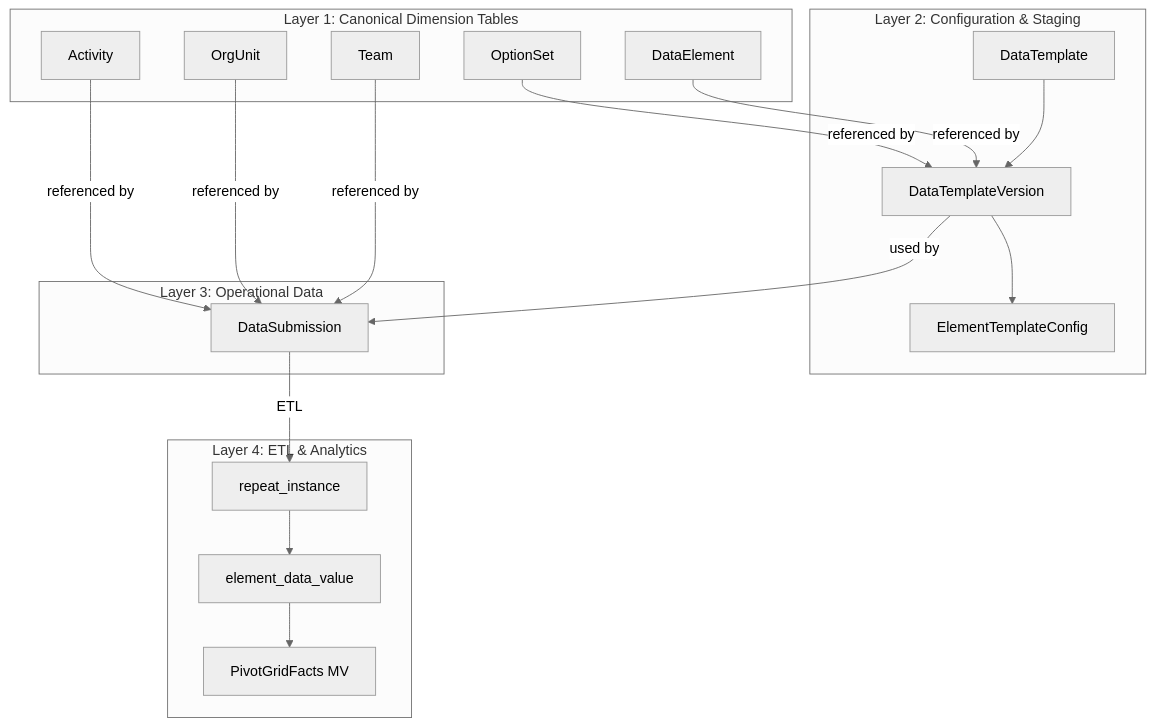
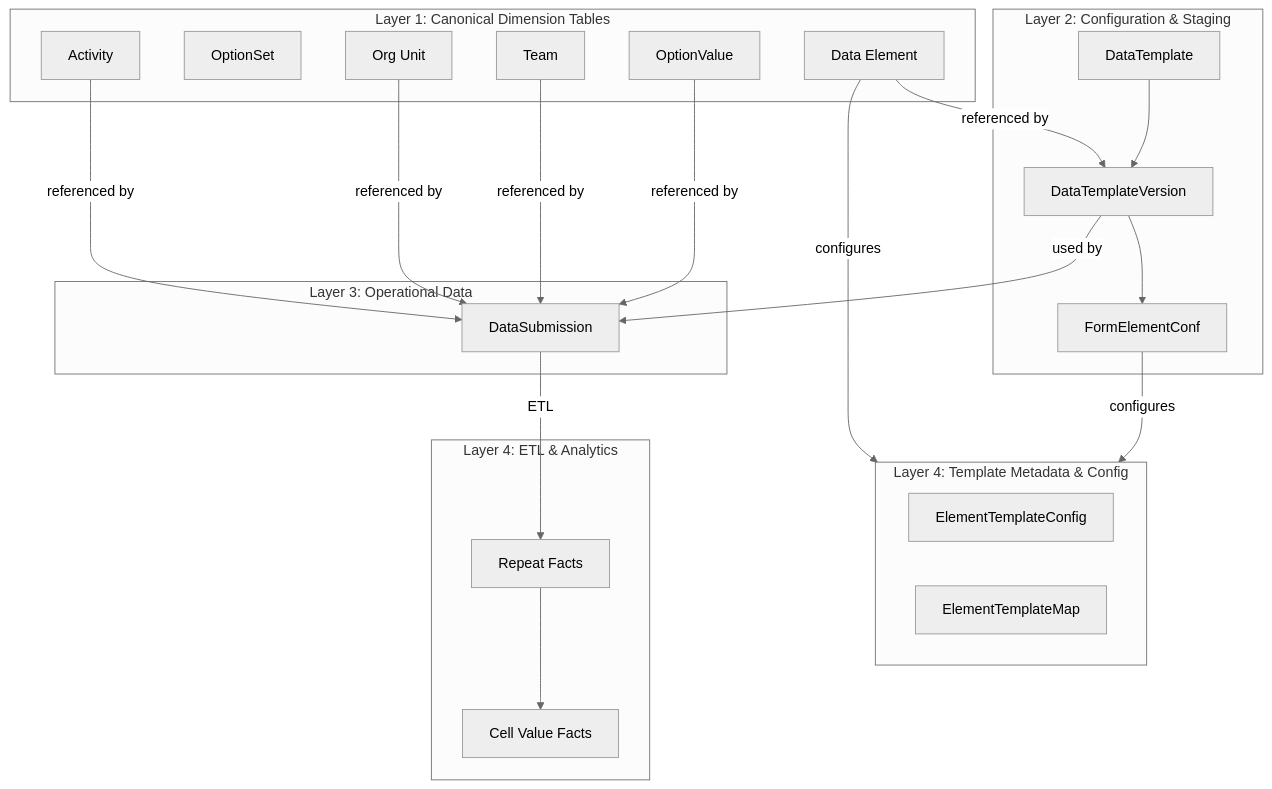
Before and after one commit to DataRun-ye/data-run-api: the first of 4 diagrams in notes/datarun-analytics-grid/datarun_infrastructure_high_level_view.md, drawn with Mermaid (neutral theme). The commit also changed 62 other files, not shown here.

````diff
--- a/notes/datarun-analytics-grid/datarun_infrastructure_high_level_view.md
+++ b/notes/datarun-analytics-grid/datarun_infrastructure_high_level_view.md
@@ -106,39 +106,47 @@
 ```mermaid
 flowchart TB
     subgraph L1 [Layer 1: Canonical Dimension Tables]
-        DataElement[DataElement]
+        DataElement[Data Element]
         OptionSet[OptionSet]
+        OptionValue[OptionValue]
         Team[Team]
-        OrgUnit[OrgUnit]
+        OrgUnit[Org Unit]
         Activity[Activity]
     end
 
     subgraph L2 [Layer 2: Configuration & Staging]
         DataTemplate[DataTemplate]
         DataTemplateVersion[DataTemplateVersion]
-        ElementTemplateConfig[ElementTemplateConfig]
+        DataTemplateVersion[DataTemplateVersion]
+        FormElementConf[FormElementConf]
         DataTemplate --> DataTemplateVersion
-        DataTemplateVersion --> ElementTemplateConfig
+        DataTemplateVersion --> FormElementConf
     end
 
-    subgraph L3 [Layer 3: Operational Data]
+    subgraph L3 [Layer 4: Template Metadata & Config]
+        ElementTemplateConfig[ElementTemplateConfig]
+        ElementTemplateMap[ElementTemplateMap]
+    end
+    
+    subgraph L4 [Layer 3: Operational Data]
         DataSubmission[DataSubmission]
     end
 
-    subgraph L4 [Layer 4: ETL & Analytics]
-        RepeatInstance[repeat_instance]
-        ElementDataValue[element_data_value]
-        PivotGridFacts[PivotGridFacts MV]
+    subgraph L5 [Layer 4: ETL & Analytics]
+        RepeatInstance[Repeat Facts]
+        ElementDataValue[Cell Value Facts]
         RepeatInstance --> ElementDataValue
-        ElementDataValue --> PivotGridFacts
     end
-
+    
 %% Layer References
     DataElement -- referenced by --> DataTemplateVersion
-    OptionSet -- referenced by --> DataTemplateVersion
+%%    OptionSet -- referenced by --> DataTemplateVersion
+    OptionValue -- referenced by --> DataSubmission
     Team -- referenced by --> DataSubmission
     OrgUnit -- referenced by --> DataSubmission
     Activity -- referenced by --> DataSubmission
+    FormElementConf -- configures --> L3
+    DataElement -- configures --> L3
     DataTemplateVersion -- used by --> DataSubmission
     DataSubmission -- ETL --> RepeatInstance
 ```
````
